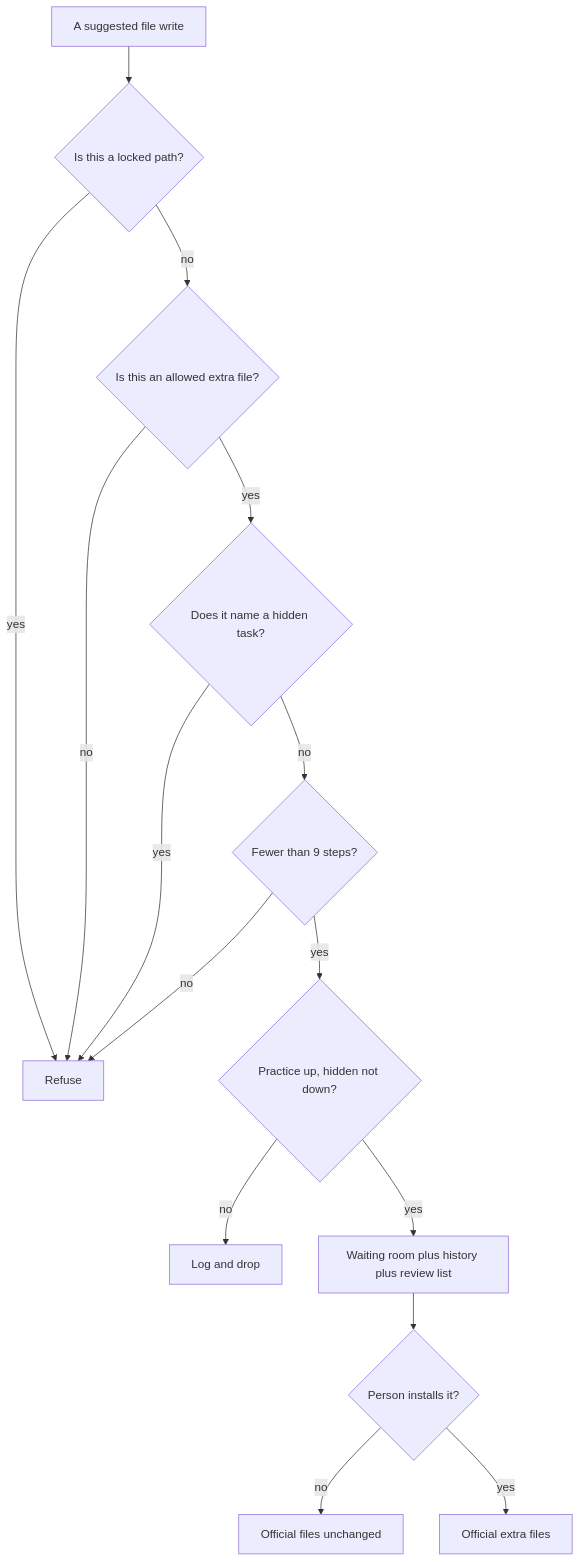
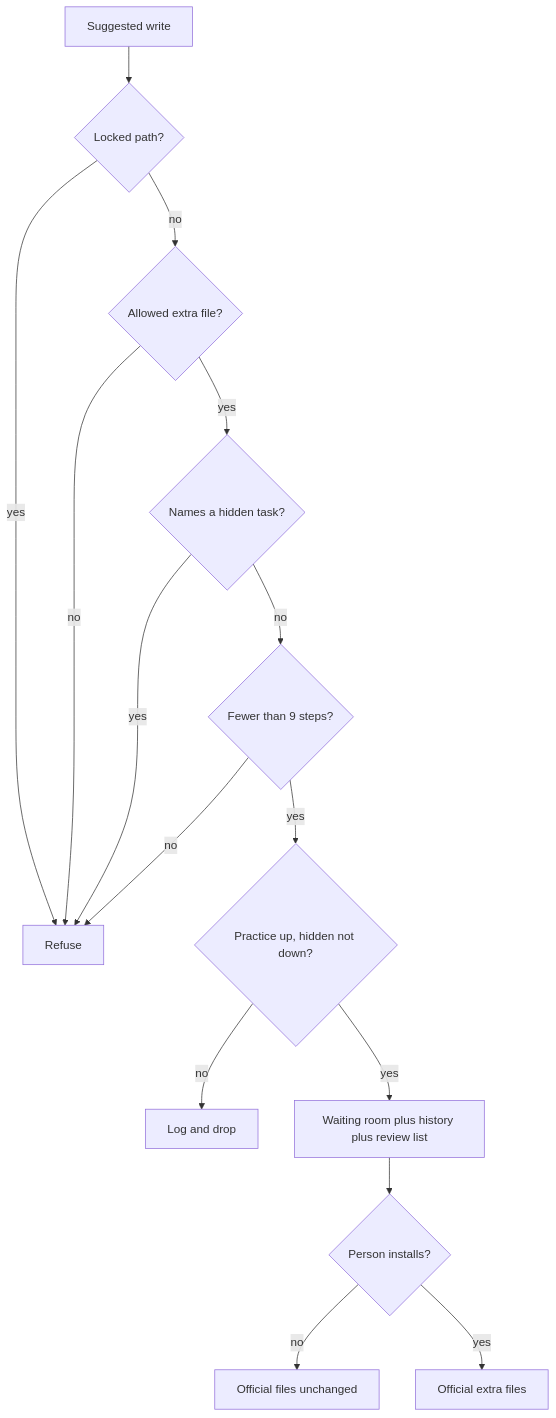
Before and after one commit to Vinayak-RZ/Improveness: the third of 3 diagrams in README.md, drawn with Mermaid. The commit also changed other lines of this file, not shown here.

````diff
--- a/README.md
+++ b/README.md
@@ -238,17 +194,17 @@
 ```mermaid
 flowchart TD
-  write[A suggested file write] --> locked{Is this a locked path?}
+  write[Suggested write] --> locked{Locked path?}
   locked -->|yes| deny[Refuse]
-  locked -->|no| allow{Is this an allowed extra file?}
+  locked -->|no| allow{Allowed extra file?}
   allow -->|no| deny
-  allow -->|yes| peek{Does it name a hidden task?}
+  allow -->|yes| peek{Names a hidden task?}
   peek -->|yes| deny
   peek -->|no| cap{Fewer than 9 steps?}
   cap -->|no| deny
   cap -->|yes| gate{Practice up, hidden not down?}
   gate -->|no| reject[Log and drop]
   gate -->|yes| stage[Waiting room plus history plus review list]
-  stage --> human{Person installs it?}
+  stage --> human{Person installs?}
   human -->|no| stay[Official files unchanged]
   human -->|yes| official[Official extra files]
 ```
````
